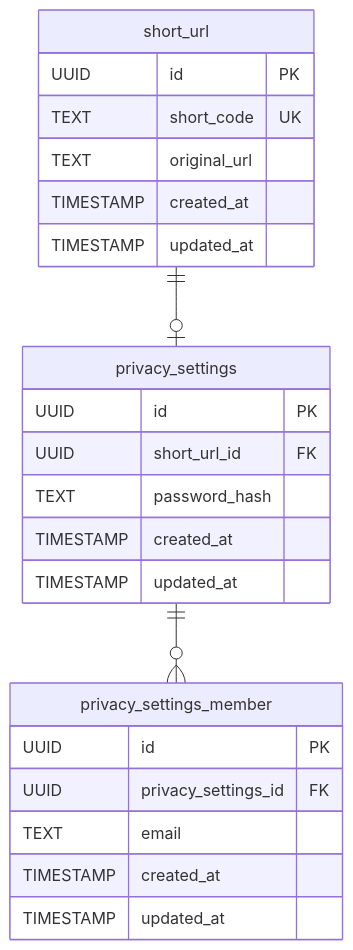
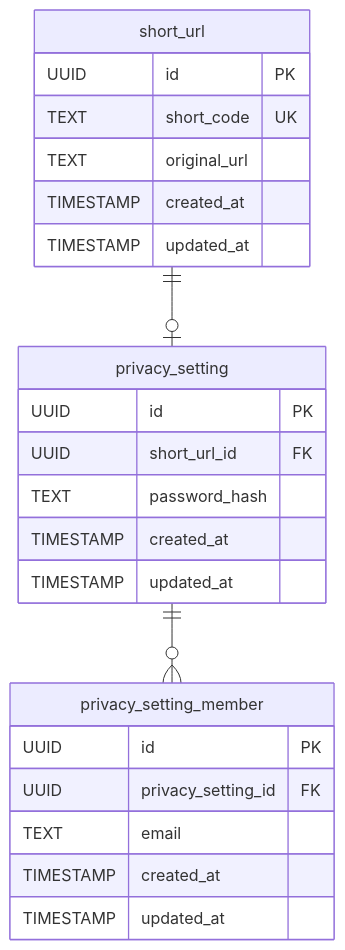
Before and after one commit to mlizandier/url-shortener: the fourth of 6 diagrams in README.md, drawn with Mermaid. The commit also changed other lines of this file, not shown here.

````diff
--- a/README.md
+++ b/README.md
@@ -54,26 +115,26 @@
 ```mermaid
 erDiagram
-    short_url ||--o| privacy_settings : ""
-    privacy_settings ||--o{ privacy_settings_member : ""
+    short_url ||--o| privacy_setting : ""
+    privacy_setting ||--o{ privacy_setting_member : ""
     short_url {
         UUID id PK
         TEXT short_code UK
         TEXT original_url
         TIMESTAMP created_at
         TIMESTAMP updated_at
     }
-    privacy_settings {
+    privacy_setting {
         UUID id PK
         UUID short_url_id FK
         TEXT password_hash
         TIMESTAMP created_at
         TIMESTAMP updated_at
     }
-    privacy_settings_member {
+    privacy_setting_member {
         UUID id PK
-        UUID privacy_settings_id FK
+        UUID privacy_setting_id FK
         TEXT email
         TIMESTAMP created_at
         TIMESTAMP updated_at
     }
 ```
````
